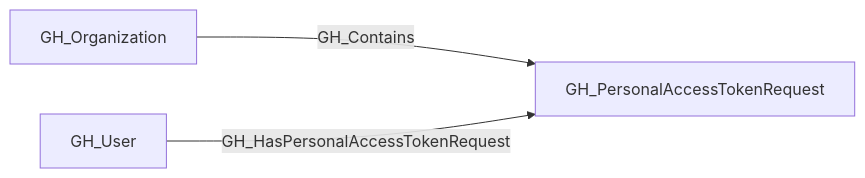
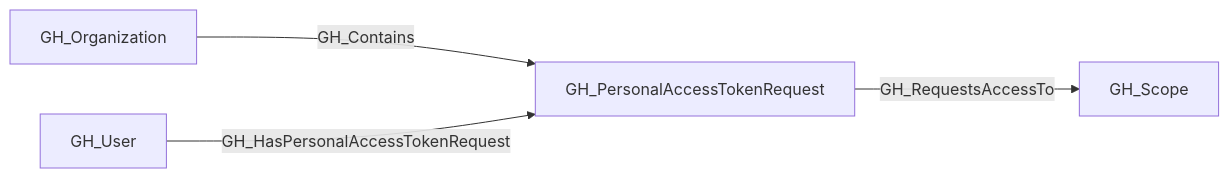
The second of 2 diagrams in docs/opengraph/extensions/github/nodes/gh_personalaccesstokenrequest.mdx (SpecterOps/bloodhound-docs), drawn with Mermaid before and after one commit. The commit also changed other lines of this file and 30 other files, not shown here.

Commit message:
chore: update openhound github reference for schema v1.4.0

````diff
--- a/docs/opengraph/extensions/github/nodes/gh_personalaccesstokenrequest.mdx
+++ b/docs/opengraph/extensions/github/nodes/gh_personalaccesstokenrequest.mdx
@@ -52,9 +54,11 @@
 ```mermaid
 flowchart LR
 
     GH_Organization["GH_Organization"]
     GH_PersonalAccessTokenRequest["GH_PersonalAccessTokenRequest"]
+    GH_Scope["GH_Scope"]
     GH_User["GH_User"]
     GH_Organization -- GH_Contains --> GH_PersonalAccessTokenRequest
+    GH_PersonalAccessTokenRequest -- GH_RequestsAccessTo --> GH_Scope
     GH_User -- GH_HasPersonalAccessTokenRequest --> GH_PersonalAccessTokenRequest
 ```
````
